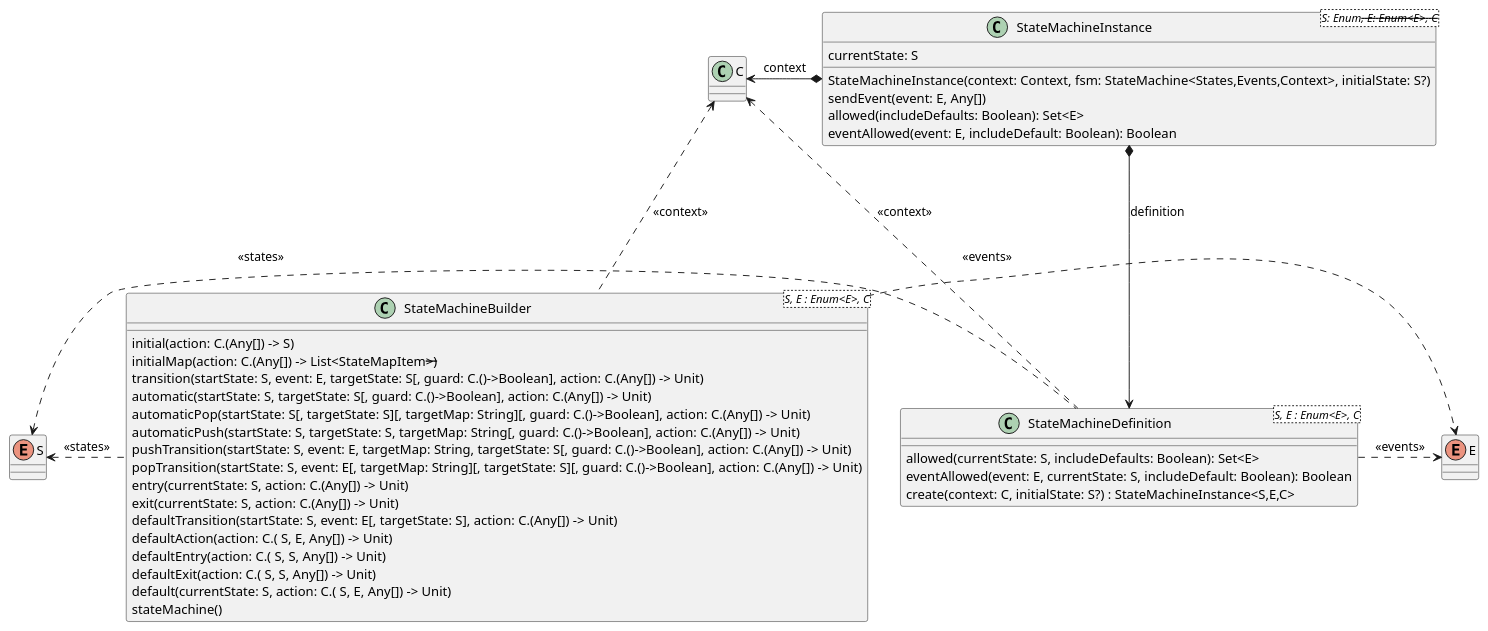
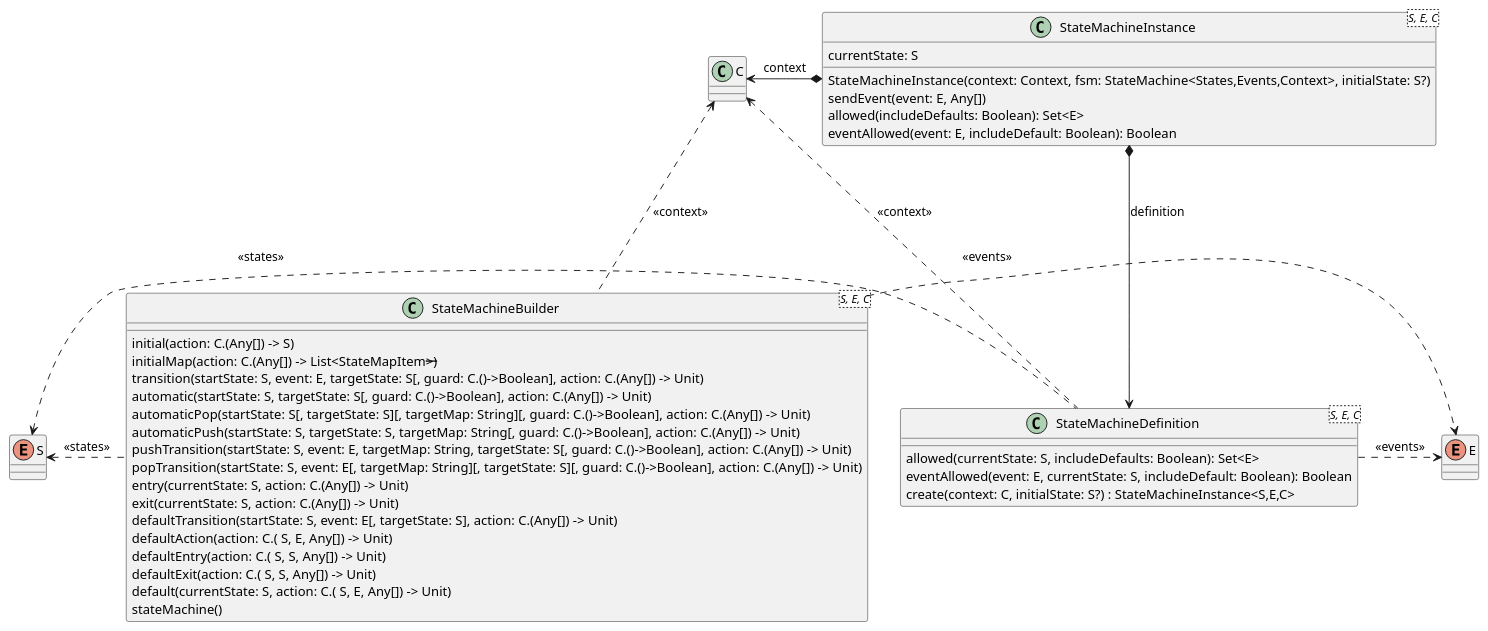
Before and after one commit to open-jumpco/kfsm: the diagram in src/docs/plantuml/statemachine-model.plantuml, drawn with PlantUML. The commit also changed 50 other files, not shown here.

```diff
--- a/src/docs/plantuml/statemachine-model.plantuml
+++ b/src/docs/plantuml/statemachine-model.plantuml
@@ -1,54 +1,54 @@
 @startuml
 
 class C {
 }
 enum S {
 }
 enum E {
 }
 
-class StateMachineBuilder<S, E : Enum<E>, C> {
+class StateMachineBuilder<S, E, C> {
     initial(action: C.(Any[]) -> S)
     initialMap(action: C.(Any[]) -> List<StateMapItem<S>>)
     transition(startState: S, event: E, targetState: S[, guard: C.()->Boolean], action: C.(Any[]) -> Unit)
     automatic(startState: S, targetState: S[, guard: C.()->Boolean], action: C.(Any[]) -> Unit)
     automaticPop(startState: S[,  targetState: S][, targetMap: String][, guard: C.()->Boolean], action: C.(Any[]) -> Unit)
     automaticPush(startState: S,  targetState: S, targetMap: String[, guard: C.()->Boolean], action: C.(Any[]) -> Unit)
     pushTransition(startState: S, event: E, targetMap: String, targetState: S[, guard: C.()->Boolean], action: C.(Any[]) -> Unit)
     popTransition(startState: S, event: E[, targetMap: String][, targetState: S][, guard: C.()->Boolean], action: C.(Any[]) -> Unit)
     entry(currentState: S, action: C.(Any[]) -> Unit)
     exit(currentState: S, action: C.(Any[]) -> Unit)
     defaultTransition(startState: S, event: E[, targetState: S], action: C.(Any[]) -> Unit)
     defaultAction(action: C.( S, E, Any[]) -> Unit)
     defaultEntry(action: C.( S, S, Any[]) -> Unit)
     defaultExit(action: C.( S, S, Any[]) -> Unit)
     default(currentState: S, action: C.( S, E, Any[]) -> Unit)
     stateMachine()
 }
 
-class StateMachineDefinition<S, E : Enum<E>, C> {
+class StateMachineDefinition<S, E, C> {
     allowed(currentState: S, includeDefaults: Boolean): Set<E>
     eventAllowed(event: E, currentState: S, includeDefault: Boolean): Boolean
     create(context: C, initialState: S?) : StateMachineInstance<S,E,C>
 }
 
-class StateMachineInstance<S: Enum<S>, E: Enum<E>, C> {
+class StateMachineInstance<S, E, C> {
     StateMachineInstance(context: Context, fsm: StateMachine<States,Events,Context>, initialState: S?)
     currentState: S
     sendEvent(event: E, Any[])
     allowed(includeDefaults: Boolean): Set<E>
     eventAllowed(event: E, includeDefault: Boolean): Boolean
 }
 
 StateMachineBuilder .left.> S : <<states>>
 StateMachineBuilder .right.> E : <<events>>
 StateMachineBuilder .up.> C : <<context>>
 
 StateMachineDefinition .left.> S : <<states>>
 StateMachineDefinition .right.> E : <<events>>
 StateMachineDefinition .up.> C : <<context>>
 
 StateMachineInstance *---> StateMachineDefinition : definition
 StateMachineInstance *-left-> C : context
 
 @enduml
```
